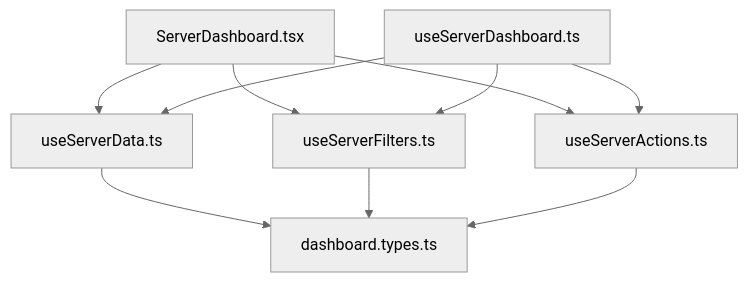
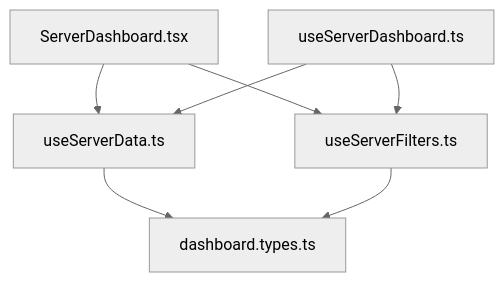
The diagram in src/components/dashboard/README.md (skyasu2/openmanager-ai), drawn with Mermaid (neutral theme) before and after one commit. The commit also changed other lines of this file and 114 other files, not shown here.

````diff
--- a/src/components/dashboard/README.md
+++ b/src/components/dashboard/README.md
@@ -102,15 +82,12 @@
 ```mermaid
 graph TD
     A[ServerDashboard.tsx] --> B[useServerData.ts]
     A --> C[useServerFilters.ts]
-    A --> D[useServerActions.ts]
 
     B --> E[dashboard.types.ts]
     C --> E
-    D --> E
 
     F[useServerDashboard.ts] --> B
     F --> C
-    F --> D
 
 ```
````
